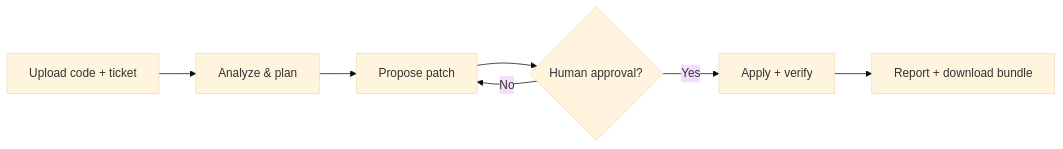
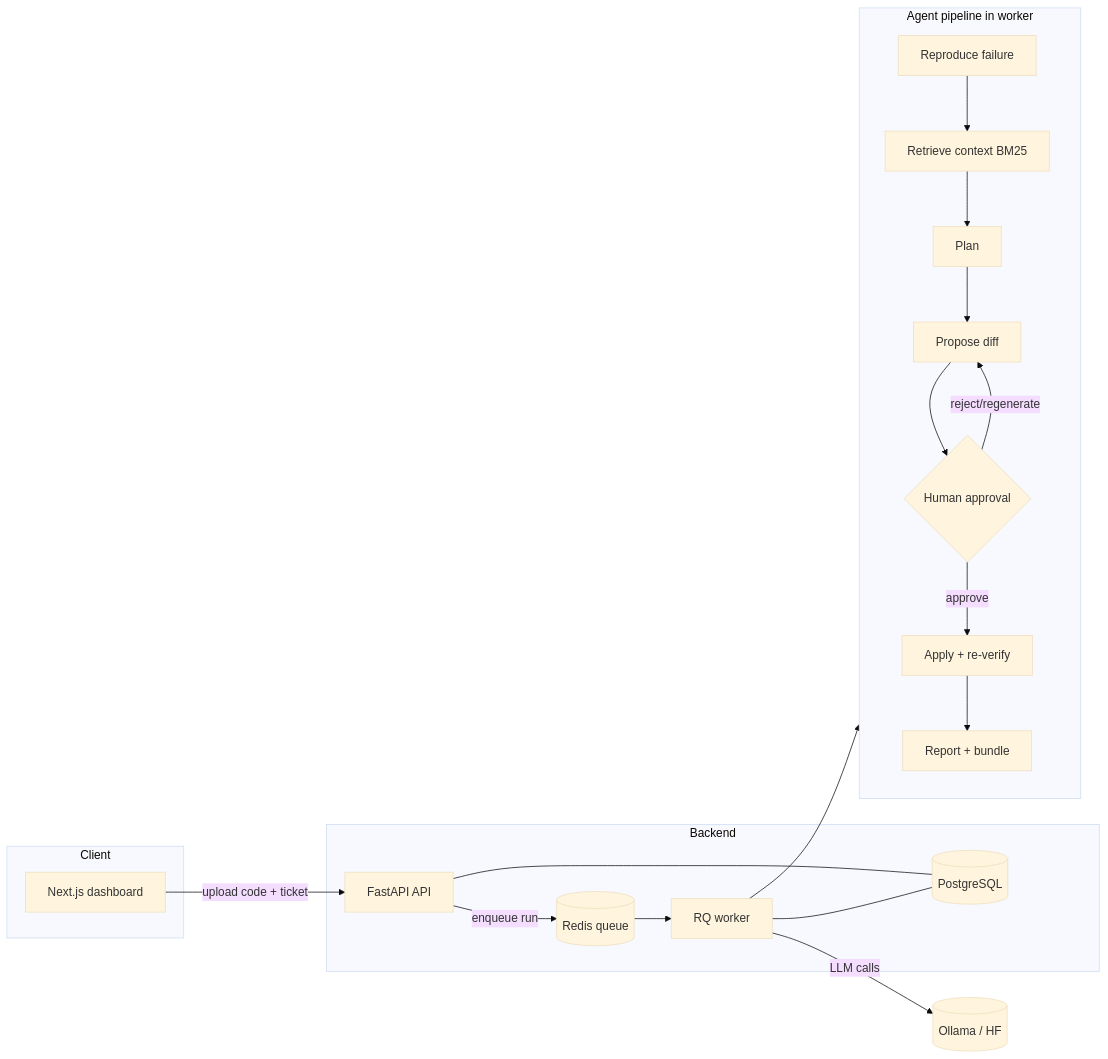
The diagram in README.md (Dung205789/Spec2Ship), drawn with Mermaid (base theme) before and after one commit. The commit also changed other lines of this file and 8 other files, not shown here.

First line of the commit message:
docs: rewrite README, expand architecture, add sample run

````diff
--- a/README.md
+++ b/README.md
@@ -18,9 +63,27 @@
 ```mermaid
 flowchart LR
-  A[Upload code + ticket] --> B[Analyze & plan]
-  B --> C[Propose patch]
-  C --> D{Human approval?}
-  D -->|No| C
-  D -->|Yes| E[Apply + verify]
-  E --> F[Report + download bundle]
+    subgraph Client
+      UI[Next.js dashboard]
+    end
+    subgraph Backend
+      API[FastAPI API]
+      Q[(Redis queue)]
+      W[RQ worker]
+      DB[(PostgreSQL)]
+    end
+    subgraph Agent[Agent pipeline in worker]
+      direction TB
+      P1[Reproduce failure] --> P2[Retrieve context BM25]
+      P2 --> P3[Plan] --> P4[Propose diff]
+      P4 --> HITL{Human approval}
+      HITL -- reject/regenerate --> P4
+      HITL -- approve --> P5[Apply + re-verify]
+      P5 --> P6[Report + bundle]
+    end
+
+    UI -->|upload code + ticket| API
+    API -->|enqueue run| Q --> W --> Agent
+    API --- DB
+    W --- DB
+    W -->|LLM calls| OLL[(Ollama / HF)]
 ```
````
